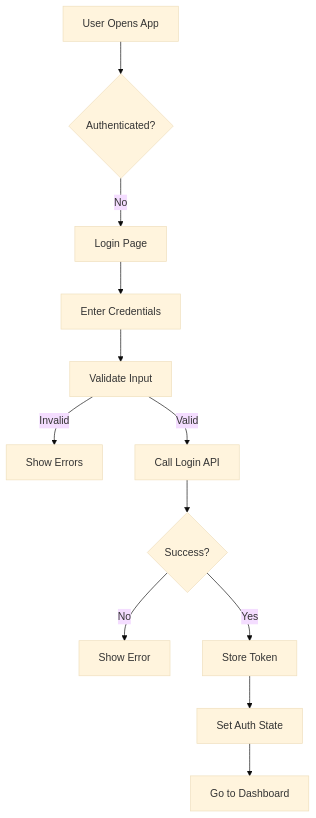
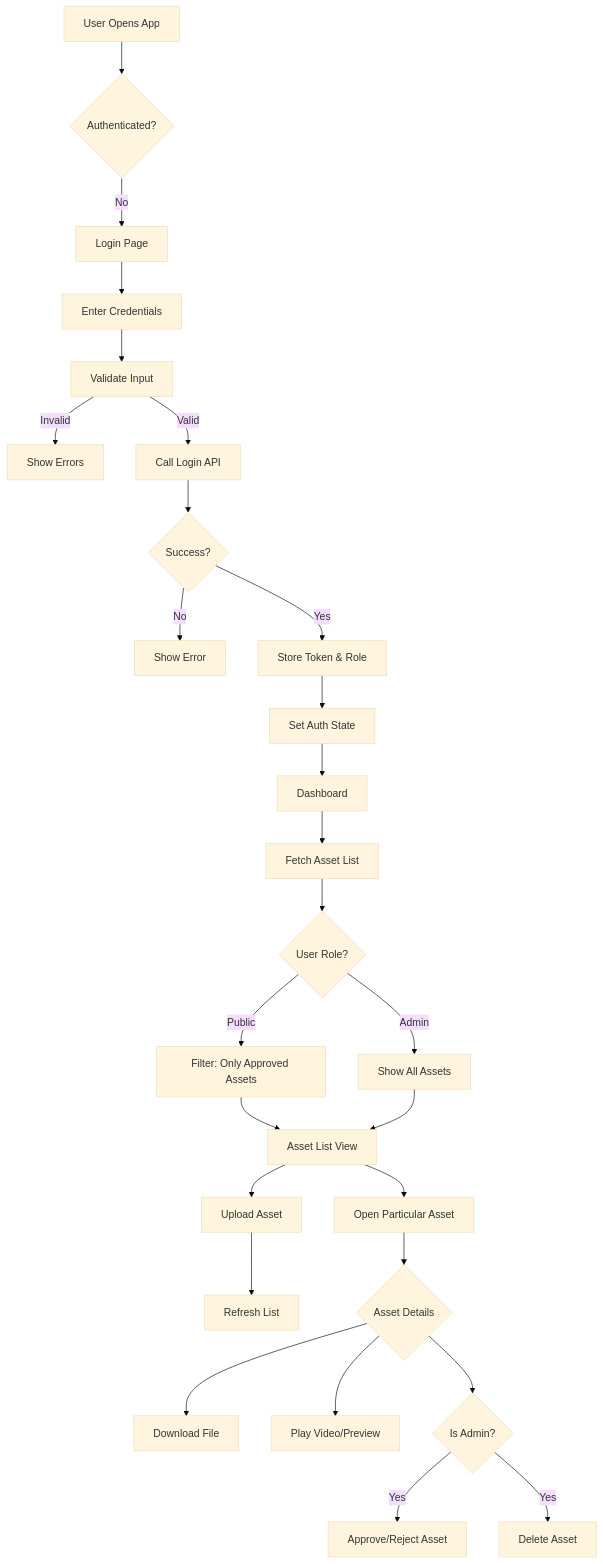
The diagram in README.md (rishab-mindfire/Digital-Asset-Management), drawn with Mermaid (base theme) before and after one commit. The commit also changed other lines of this file, not shown here.

Commit message:
chore : document update

````diff
--- a/README.md
+++ b/README.md
@@ -197,21 +195,46 @@
 ```mermaid
-    flowchart TD
+  flowchart TD
 
 %% AUTH FLOW
 A[User Opens App] --> B{Authenticated?}
 
 B -- No --> C[Login Page]
 C --> D[Enter Credentials]
 D --> E[Validate Input]
 
 E -- Invalid --> F[Show Errors]
 E -- Valid --> G[Call Login API]
 
 G --> H{Success?}
 H -- No --> I[Show Error]
-H -- Yes --> J[Store Token]
+H -- Yes --> J[Store Token & Role]
 
 J --> K[Set Auth State]
-K --> L[Go to Dashboard]
+K --> L[Dashboard]
 
+%% ASSET FLOW
+L --> M[Fetch Asset List]
+
+M --> N{User Role?}
+
+N -- Public --> O[Filter: Only Approved Assets]
+N -- Admin --> P[Show All Assets]
+
+O --> Q[Asset List View]
+P --> Q
+
+%% ACTIONS
+Q --> R[Upload Asset]
+R --> S[Refresh List]
+
+Q --> T[Open Particular Asset]
+T --> U{Asset Details}
+
+U --> V[Download File]
+U --> W[Play Video/Preview]
+
+%% ADMIN SPECIFIC
+U --> X{Is Admin?}
+X -- Yes --> Y[Approve/Reject Asset]
+X -- Yes --> Z[Delete Asset]
 ```
````
